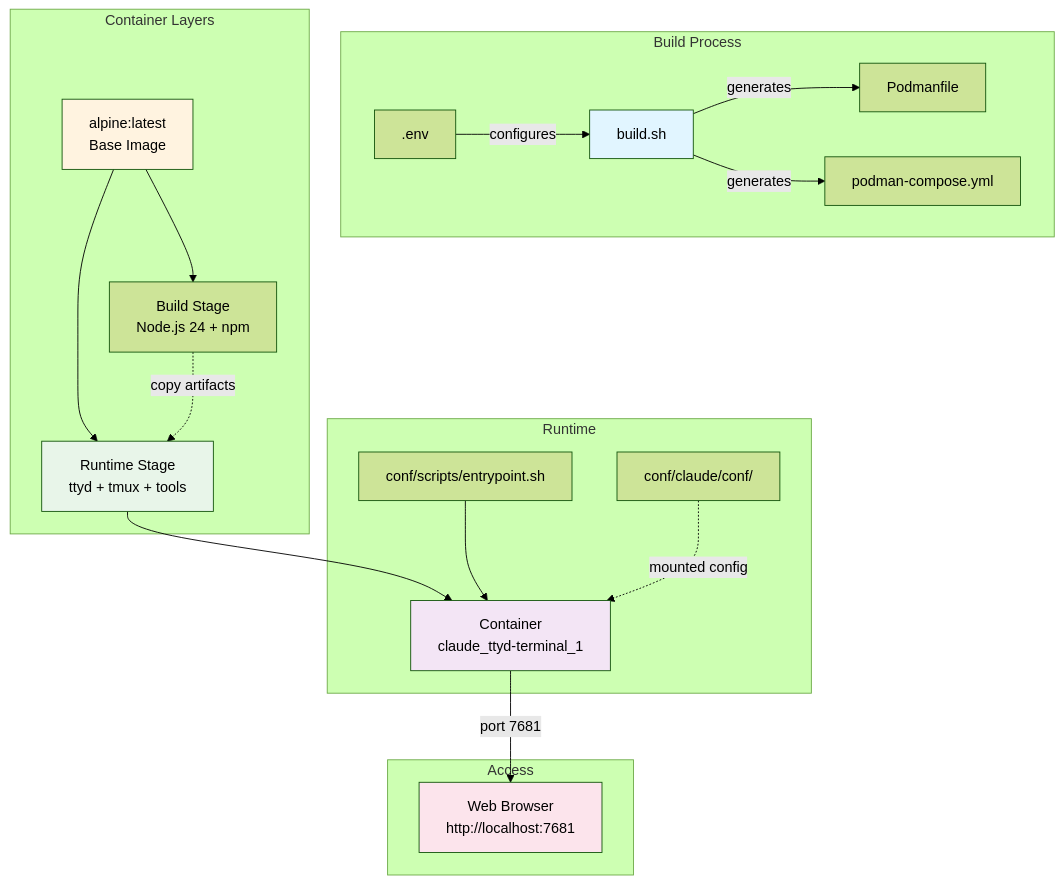
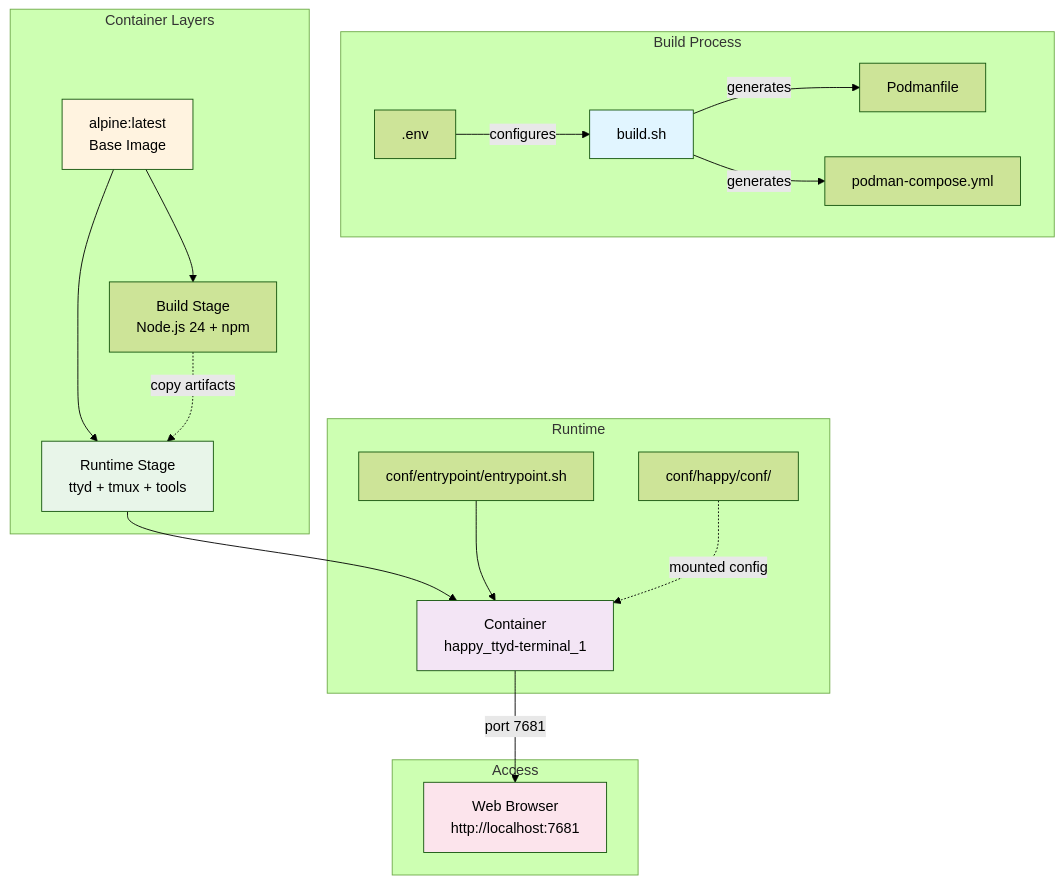
Before and after one commit to kwli3229/happy-ttyd: the diagram in README.md, drawn with Mermaid (forest theme). The commit also changed other lines of this file and 13 other files, not shown here.

````diff
--- a/README.md
+++ b/README.md
@@ -25,30 +36,30 @@
 ```mermaid
 graph TB
     subgraph "Build Process"
         A[build.sh] -->|generates| B[Podmanfile]
         A -->|generates| C[podman-compose.yml]
         D[.env] -->|configures| A
     end
 
     subgraph "Container Layers"
         E[alpine:latest<br/>Base Image] --> F[Build Stage<br/>Node.js 24 + npm]
         E --> G[Runtime Stage<br/>ttyd + tmux + tools]
         F -.copy artifacts.-> G
     end
 
     subgraph "Runtime"
-        G --> H[Container<br/>claude_ttyd-terminal_1]
-        I[conf/scripts/entrypoint.sh] --> H
-        J[conf/claude/conf/] -.mounted config.-> H
+        G --> H[Container<br/>happy_ttyd-terminal_1]
+        I[conf/entrypoint/entrypoint.sh] --> H
+        J[conf/happy/conf/] -.mounted config.-> H
     end
 
     subgraph "Access"
         H -->|port 7681| K[Web Browser<br/>http://localhost:7681]
     end
 
     style A fill:#e1f5ff
     style E fill:#fff3e0
     style G fill:#e8f5e9
     style H fill:#f3e5f5
     style K fill:#fce4ec
 ```
````
